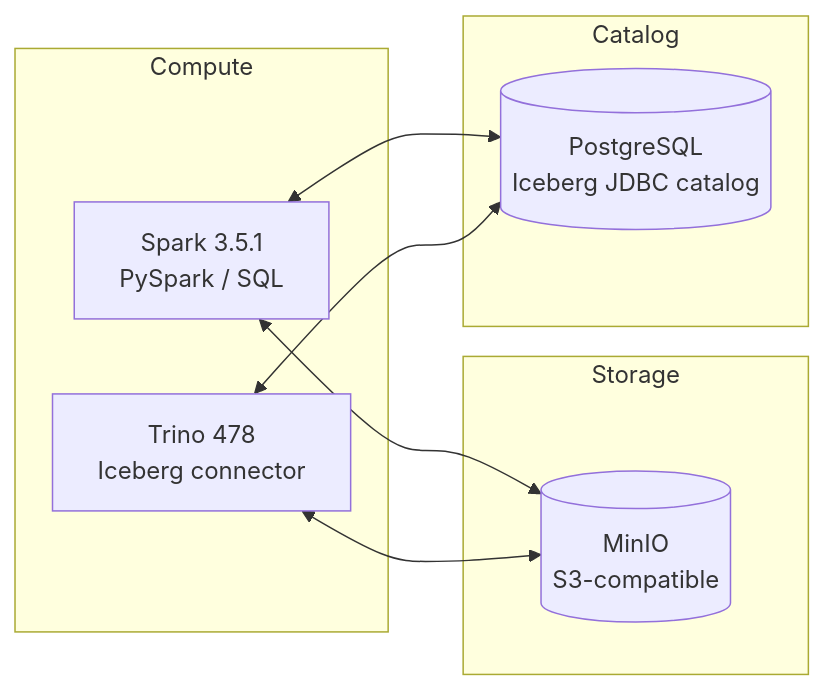
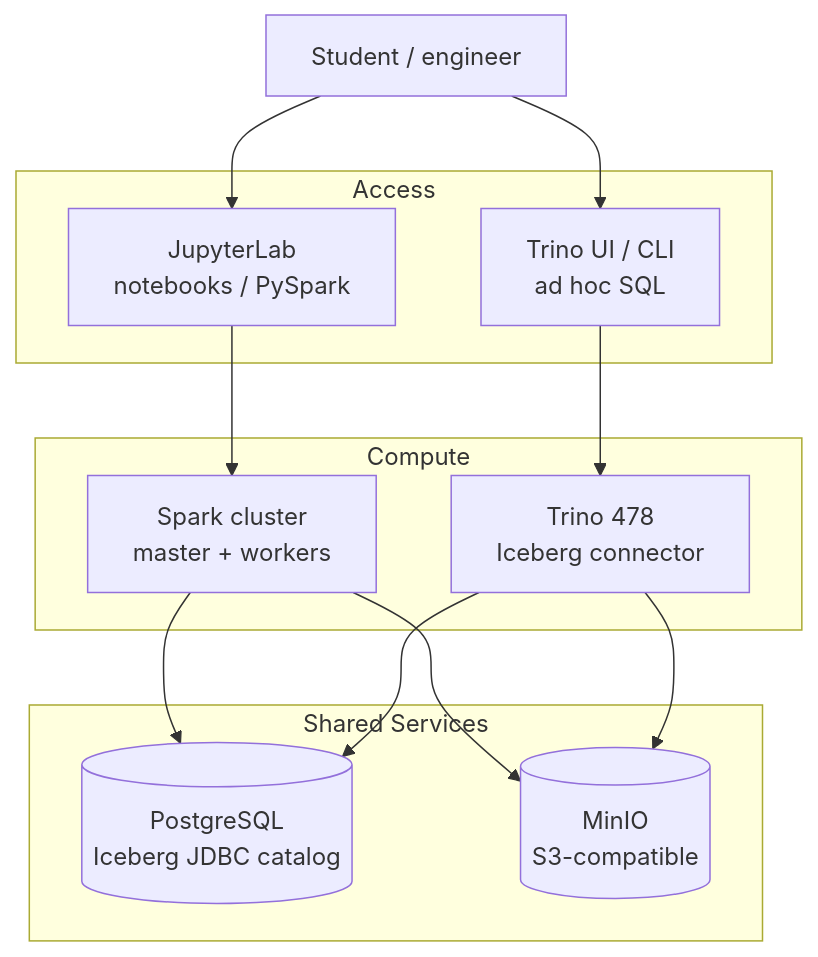
Before and after one commit to dementev-dev/mini-lakehouse-lab: the diagram in README.md, drawn with Mermaid. The commit also changed other lines of this file, not shown here.

Commit message:
docs(readme): уточнены схема стенда и блок менторства
- Зачем:
  - нужно точнее показать пользовательский путь по стенду и добавить понятную точку контакта с автором курса.
- Что:
  - обновлена архитектурная диаграмма в README.md: добавлены пользователь, точки входа и явное разделение access, compute и shared services.
  - уточнены подписи к ролям компонентов стенда.
  - добавлен блок с контактами автора и предложением менторского разбора тем по Data Engineering.
- Проверка:
  - сверены диаграмма и описания в README.md с фактической топологией docker-compose и сценарием использования через JupyterLab и Trino.

````diff
--- a/README.md
+++ b/README.md
@@ -13,20 +15,28 @@
 ```mermaid
-graph LR
-    subgraph Storage
+graph TB
+    U[Student / engineer]
+
+    subgraph Access
+        J[JupyterLab<br/>notebooks / PySpark]
+        Q[Trino UI / CLI<br/>ad hoc SQL]
+    end
+
+    subgraph Compute
+        S[Spark cluster<br/>master + workers]
+        T[Trino 478<br/>Iceberg connector]
+    end
+
+    subgraph Shared Services
+        P[(PostgreSQL<br/>Iceberg JDBC catalog)]
         M[(MinIO<br/>S3-compatible)]
     end
 
-    subgraph Catalog
-        P[(PostgreSQL<br/>Iceberg JDBC catalog)]
-    end
-
-    subgraph Compute
-        S[Spark 3.5.1<br/>PySpark / SQL]
-        T[Trino 478<br/>Iceberg connector]
-    end
-
-    S <--> M
-    S <--> P
-    T <--> M
-    T <--> P
+    U --> J
+    U --> Q
+    J --> S
+    Q --> T
+    S --> P
+    S --> M
+    T --> P
+    T --> M
 ```
````
